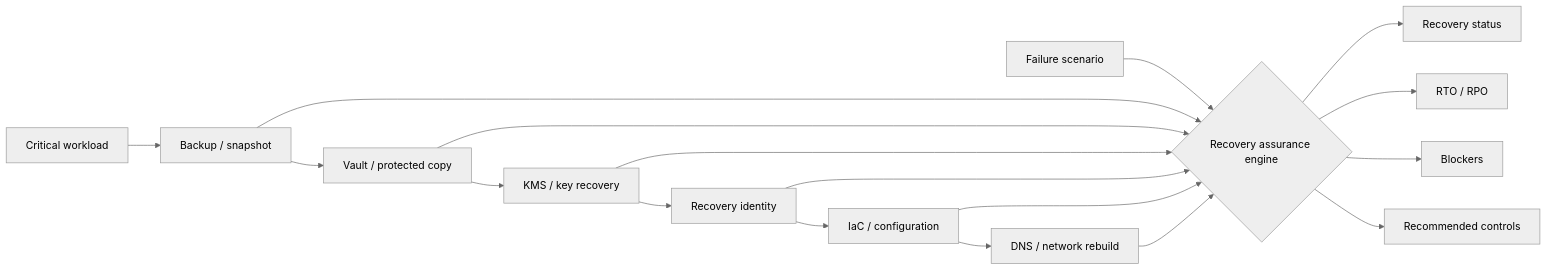
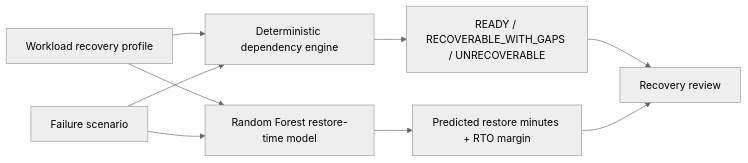
The diagram in README.md (VinayK88/CloudRescue), drawn with Mermaid (neutral theme) before and after one commit. The commit also changed other lines of this file, not shown here.

Commit message:
Update CloudRescue README for ML recovery forecasting

````diff
--- a/README.md
+++ b/README.md
@@ -118,22 +32,13 @@
 ```mermaid
 flowchart LR
-    W[Critical workload] --> B[Backup / snapshot]
-    B --> V[Vault / protected copy]
-    V --> K[KMS / key recovery]
-    K --> I[Recovery identity]
-    I --> C[IaC / configuration]
-    C --> N[DNS / network rebuild]
+    W[Workload recovery profile] --> D[Deterministic dependency engine]
+    S[Failure scenario] --> D
+    D --> X[READY / RECOVERABLE_WITH_GAPS / UNRECOVERABLE]
 
-    S[Failure scenario] --> E{Recovery assurance engine}
-    B --> E
-    V --> E
-    K --> E
-    I --> E
-    C --> E
-    N --> E
+    W --> M[Random Forest restore-time model]
+    S --> M
+    M --> T[Predicted restore minutes + RTO margin]
 
-    E --> R[Recovery status]
-    E --> T[RTO / RPO]
-    E --> X[Blockers]
-    E --> A[Recommended controls]
+    X --> R[Recovery review]
+    T --> R
 ```
````
